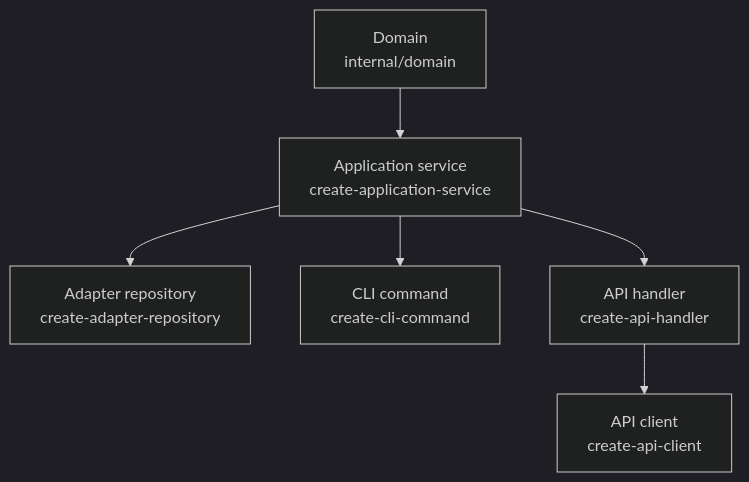
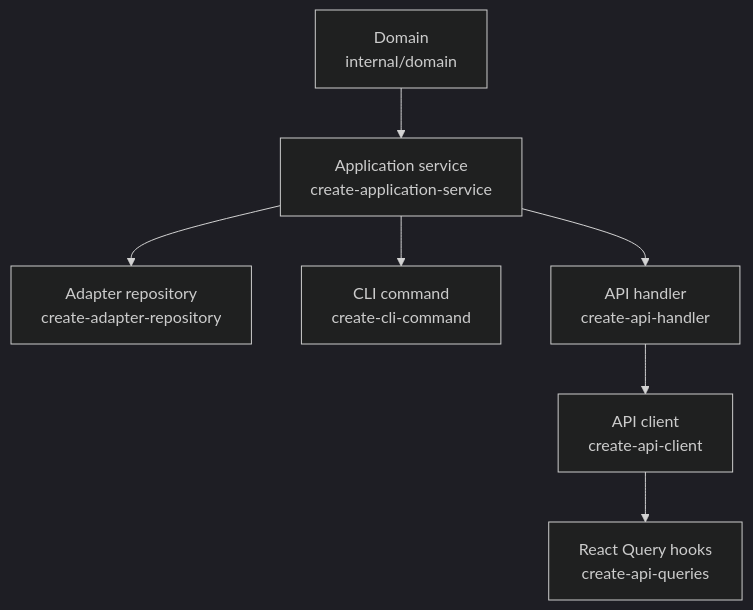
The diagram in .cursor/skills/LAYER-ORDER.md (bkotos/listello), drawn with Mermaid (dark theme) before and after one commit. The commit also changed other lines of this file and 4 other files, not shown here.

````diff
--- a/.cursor/skills/LAYER-ORDER.md
+++ b/.cursor/skills/LAYER-ORDER.md
@@ -9,15 +9,17 @@
 ```mermaid
 flowchart TD
     domain[Domain<br/>internal/domain]
     app[Application service<br/>create-application-service]
     adapter[Adapter repository<br/>create-adapter-repository]
     cli[CLI command<br/>create-cli-command]
     handler[API handler<br/>create-api-handler]
     client[API client<br/>create-api-client]
+    queries[React Query hooks<br/>create-api-queries]
 
     domain --> app
     app --> adapter
     app --> cli
     app --> handler
     handler --> client
+    client --> queries
 ```
````
